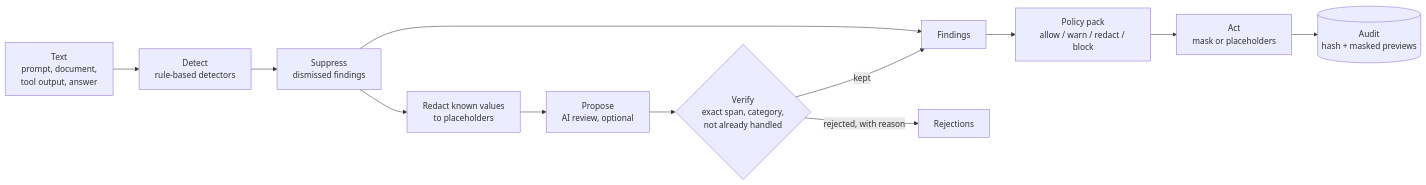
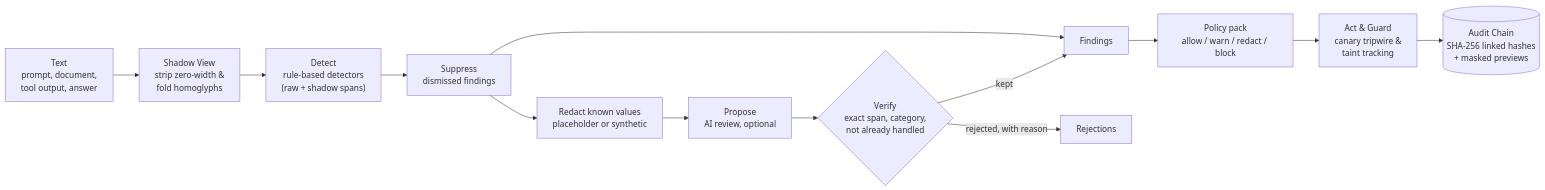
Before and after one commit to abulslab/Zero-Trust-Prompt-Shield: the diagram in README.md, drawn with Mermaid. The commit also changed other lines of this file and 27 other files, not shown here.

Commit message:
feat: add shadow de-obfuscation, canary tripwires, taint tracking, tool guard, synthetic redaction, and tamper-evident audit chain

````diff
--- a/README.md
+++ b/README.md
@@ -184,14 +216,15 @@
 ```mermaid
 flowchart LR
-    T[Text<br/>prompt, document,<br/>tool output, answer] --> D[Detect<br/>rule-based detectors]
-    D --> S[Suppress<br/>dismissed findings]
-    S --> R[Redact known values<br/>to placeholders]
-    R --> P[Propose<br/>AI review, optional]
-    P --> V{Verify<br/>exact span, category,<br/>not already handled}
-    V -->|kept| F[Findings]
-    V -->|rejected, with reason| X[Rejections]
+    T["Text<br/>prompt, document,<br/>tool output, answer"] --> SH["Shadow View<br/>strip zero-width &<br/>fold homoglyphs"]
+    SH --> D["Detect<br/>rule-based detectors<br/>(raw + shadow spans)"]
+    D --> S["Suppress<br/>dismissed findings"]
+    S --> R["Redact known values<br/>placeholder or synthetic"]
+    R --> P["Propose<br/>AI review, optional"]
+    P --> V{"Verify<br/>exact span, category,<br/>not already handled"}
+    V -->|kept| F["Findings"]
+    V -->|rejected, with reason| X["Rejections"]
     S --> F
-    F --> PO[Policy pack<br/>allow / warn / redact / block]
-    PO --> A[Act<br/>mask or placeholders]
-    A --> AU[(Audit<br/>hash + masked previews)]
+    F --> PO["Policy pack<br/>allow / warn / redact / block"]
+    PO --> A["Act & Guard<br/>canary tripwire &<br/>taint tracking"]
+    A --> AU[("Audit Chain<br/>SHA-256 linked hashes<br/>+ masked previews")]
 ```
````
